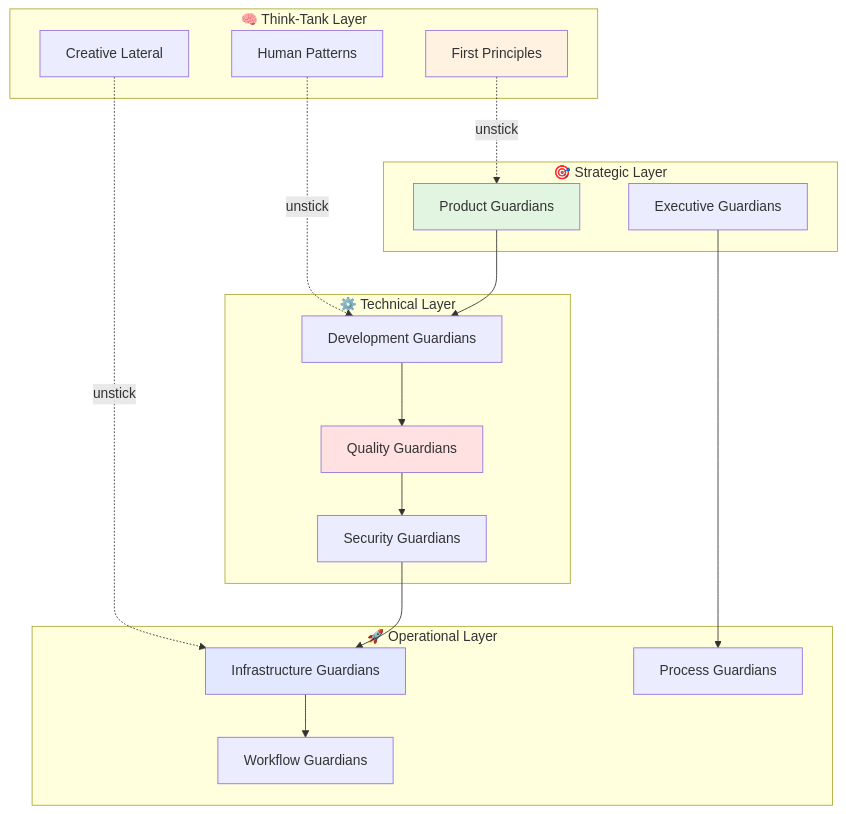
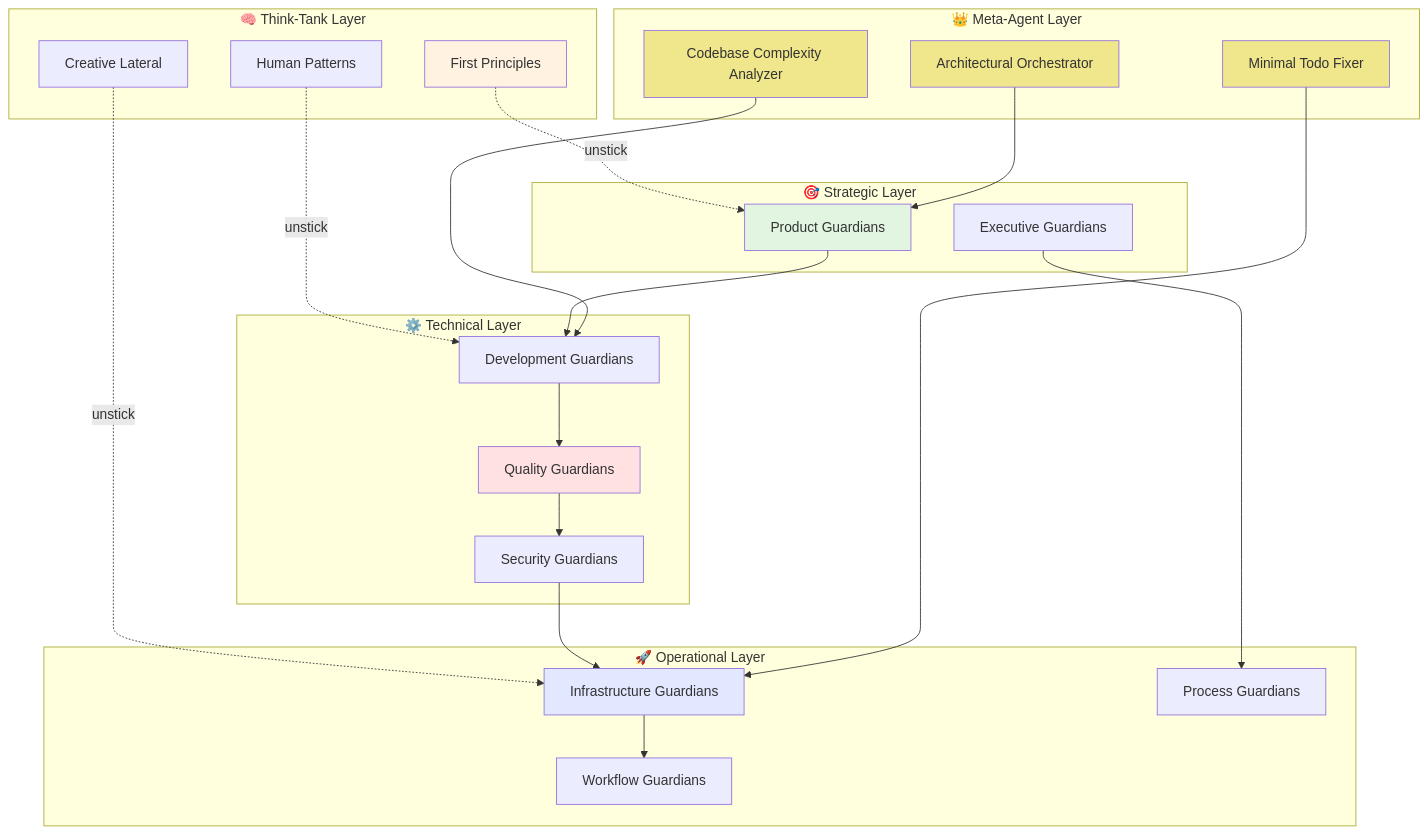
The first of 2 diagrams in README.md (kairin/claude-guardian-agents), drawn with Mermaid before and after one commit. The commit also changed other lines of this file and 4 other files, not shown here.

````diff
--- a/README.md
+++ b/README.md
@@ -31,41 +31,54 @@
 ```mermaid
 graph TB
     subgraph "🧠 Think-Tank Layer"
         T1[First Principles]
         T2[Human Patterns]
         T3[Creative Lateral]
     end
 
     subgraph "🎯 Strategic Layer"
         A1[Product Guardians]
         A2[Executive Guardians]
     end
 
     subgraph "⚙️ Technical Layer"
         B1[Development Guardians]
         B2[Quality Guardians]
         B3[Security Guardians]
     end
 
     subgraph "🚀 Operational Layer"
         C1[Infrastructure Guardians]
         C2[Process Guardians]
         C3[Workflow Guardians]
     end
 
+    subgraph "👑 Meta-Agent Layer"
+        M1[Architectural Orchestrator]
+        M2[Codebase Complexity Analyzer]
+        M3[Minimal Todo Fixer]
+    end
+
     T1 -.->|unstick| A1
     T2 -.->|unstick| B1
     T3 -.->|unstick| C1
 
     A1 --> B1
     A2 --> C2
     B1 --> B2
     B2 --> B3
     B3 --> C1
     C1 --> C3
 
+    M1 --> A1
+    M2 --> B1
+    M3 --> C1
+
     style T1 fill:#fff2e1
     style A1 fill:#e1f5e1
     style B2 fill:#ffe1e1
     style C1 fill:#e1e8ff
+    style M1 fill:#f0e68c
+    style M2 fill:#f0e68c
+    style M3 fill:#f0e68c
 ```
````
